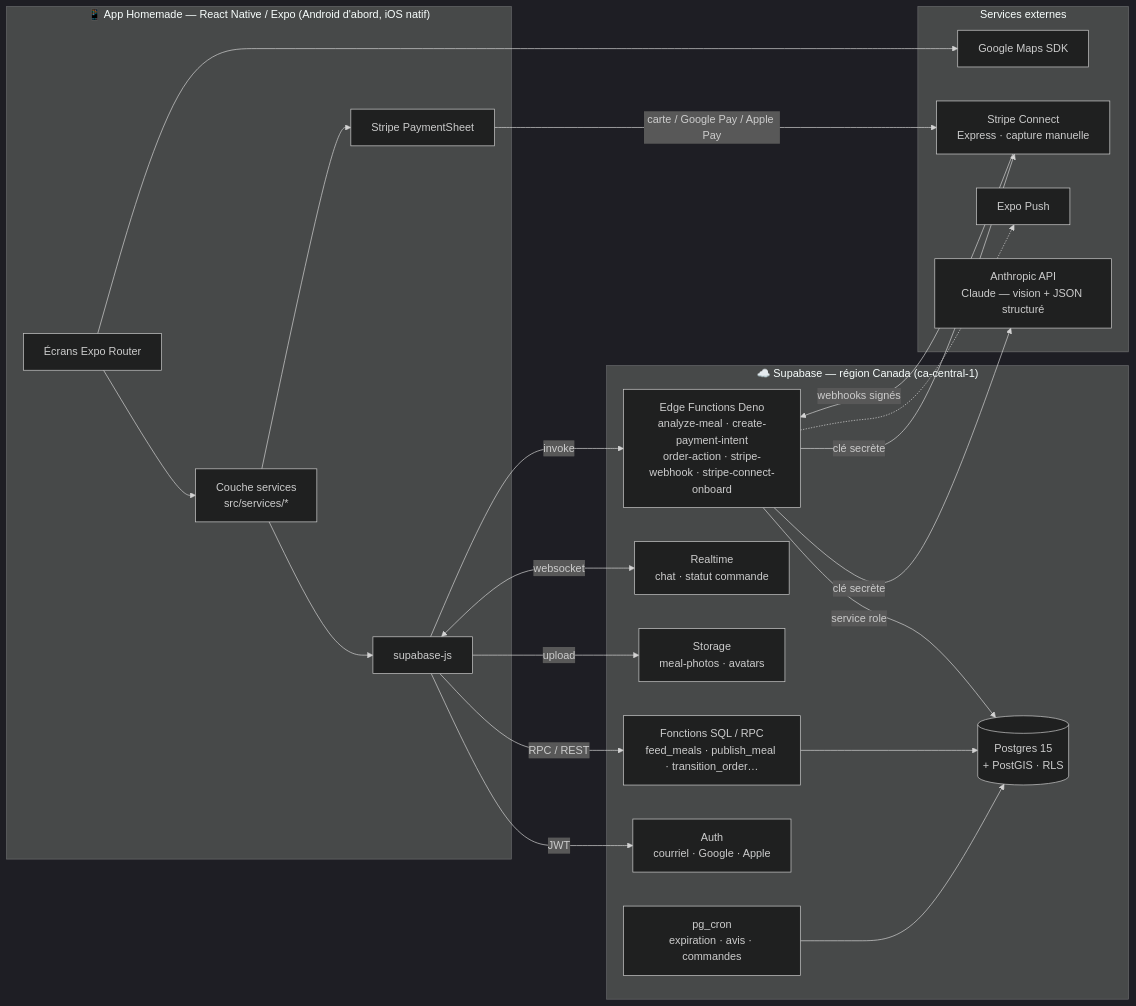
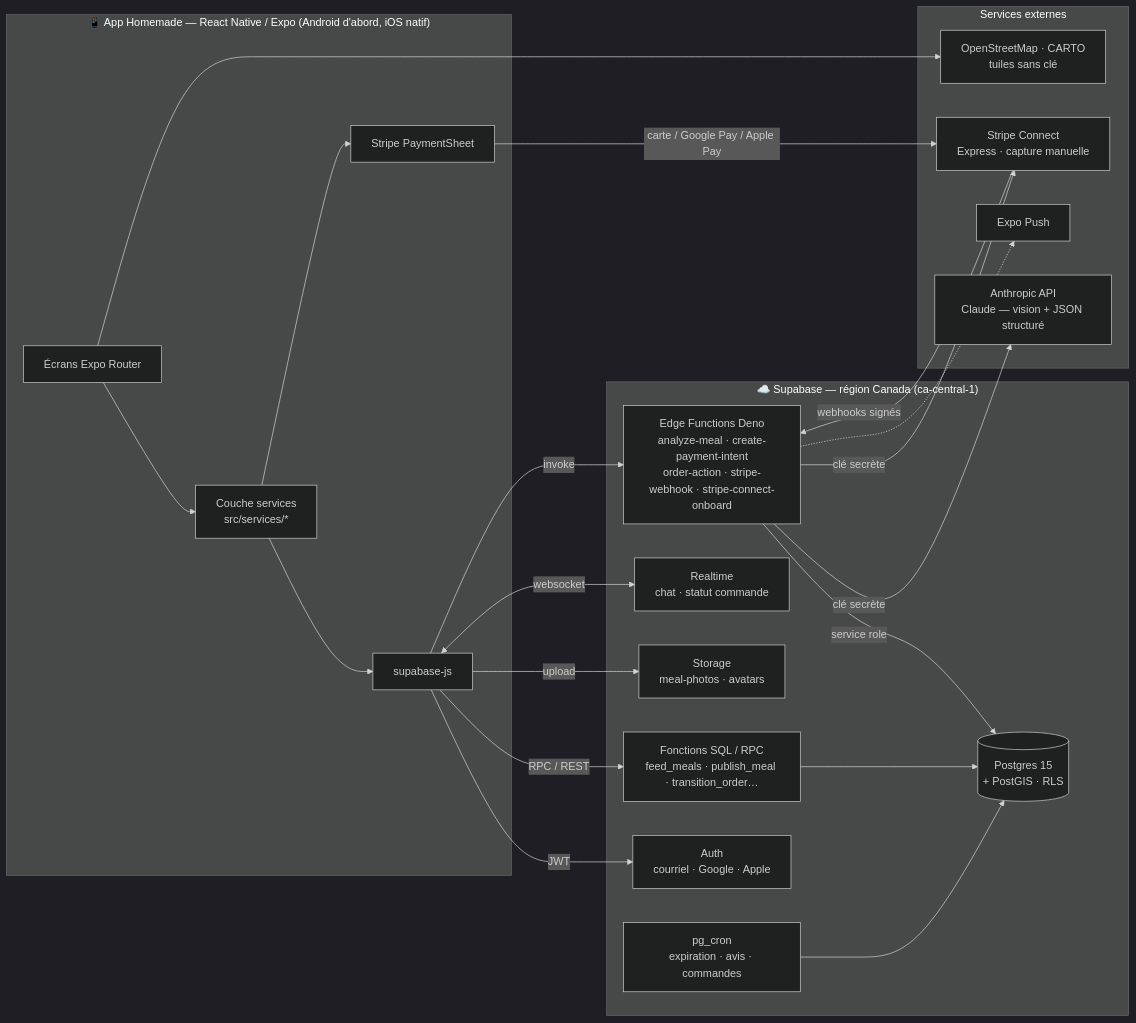
Before and after one commit to Themauritian1996/homemade: the first of 3 diagrams in docs/01-architecture.md, drawn with Mermaid (dark theme). The commit also changed other lines of this file and 63 other files, not shown here.

````diff
--- a/docs/01-architecture.md
+++ b/docs/01-architecture.md
@@ -5,40 +5,40 @@
 ```mermaid
 flowchart LR
   subgraph Mobile["📱 App Homemade — React Native / Expo (Android d'abord, iOS natif)"]
     UI[Écrans Expo Router] --> SVC[Couche services<br/>src/services/*]
     SVC --> SDK[supabase-js]
     SVC --> STRIPESDK[Stripe PaymentSheet]
   end
 
   subgraph Supabase["☁️ Supabase — région Canada (ca-central-1)"]
     AUTH[Auth<br/>courriel · Google · Apple]
     PG[(Postgres 15<br/>+ PostGIS · RLS)]
     RPC[Fonctions SQL / RPC<br/>feed_meals · publish_meal · transition_order…]
     ST[Storage<br/>meal-photos · avatars]
     RT[Realtime<br/>chat · statut commande]
     EF[Edge Functions Deno<br/>analyze-meal · create-payment-intent<br/>order-action · stripe-webhook · stripe-connect-onboard]
     CRON[pg_cron<br/>expiration · avis · commandes]
   end
 
   subgraph Externes["Services externes"]
     CLAUDE[Anthropic API<br/>Claude — vision + JSON structuré]
     STRIPE[Stripe Connect<br/>Express · capture manuelle]
-    MAPS[Google Maps SDK]
+    MAPS[OpenStreetMap · CARTO<br/>tuiles sans clé]
     PUSH[Expo Push]
   end
 
   SDK -- JWT --> AUTH
   SDK -- RPC / REST --> RPC
   RPC --> PG
   SDK -- upload --> ST
   SDK <-- websocket --> RT
   SDK -- invoke --> EF
   EF -- service role --> PG
   EF -- clé secrète --> CLAUDE
   EF -- clé secrète --> STRIPE
   STRIPE -- webhooks signés --> EF
   STRIPESDK -- carte / Google Pay / Apple Pay --> STRIPE
   UI --> MAPS
   CRON --> PG
   EF -.-> PUSH
 ```
````
